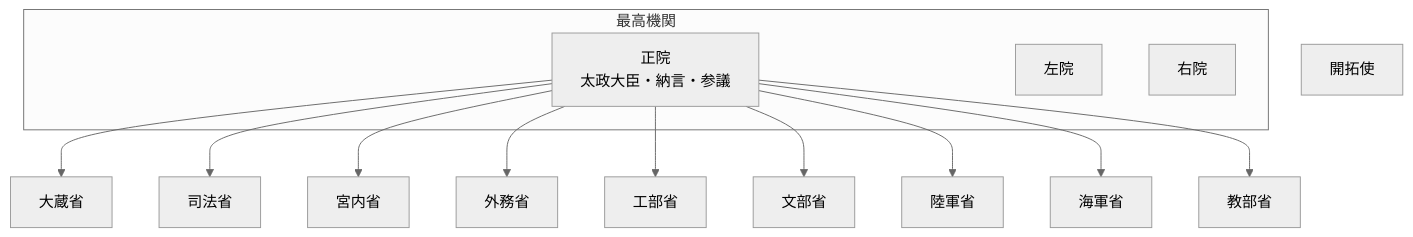
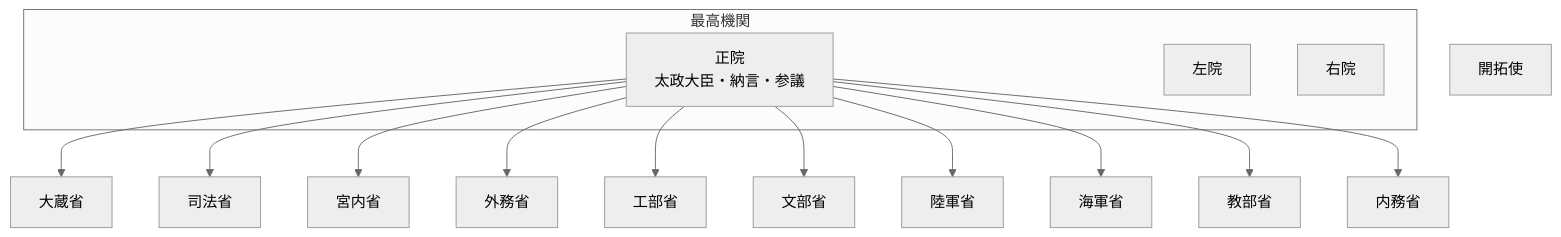
Before and after one commit to tatemaru/jp-admin-org-chart: the diagram in README.md, drawn with Mermaid (neutral theme). The commit also changed other lines of this file, not shown here.

First line of the commit message:
feat(内務省): 内務省を設置

````diff
--- a/README.md
+++ b/README.md
@@ -9,28 +9,30 @@
 ```mermaid
 flowchart TB
   subgraph top["最高機関"]
     Sei["正院
 太政大臣・納言・参議"]
     Sa["左院"]
     U["右院"]
   end
   Okura["大蔵省"]
   Sei --> Okura
   Shiho["司法省"]
   Sei --> Shiho
   Kunai["宮内省"]
   Sei --> Kunai
   Gaimu["外務省"]
   Sei --> Gaimu
   Kobu["工部省"]
   Sei --> Kobu
   Mombu["文部省"]
   Sei --> Mombu
   Rikugun["陸軍省"]
   Sei --> Rikugun
   Kaigun["海軍省"]
   Sei --> Kaigun
   Kyobu["教部省"]
   Sei --> Kyobu
+  Naimu["内務省"]
+  Sei --> Naimu
   Kaitaku["開拓使"]
 ```
````
